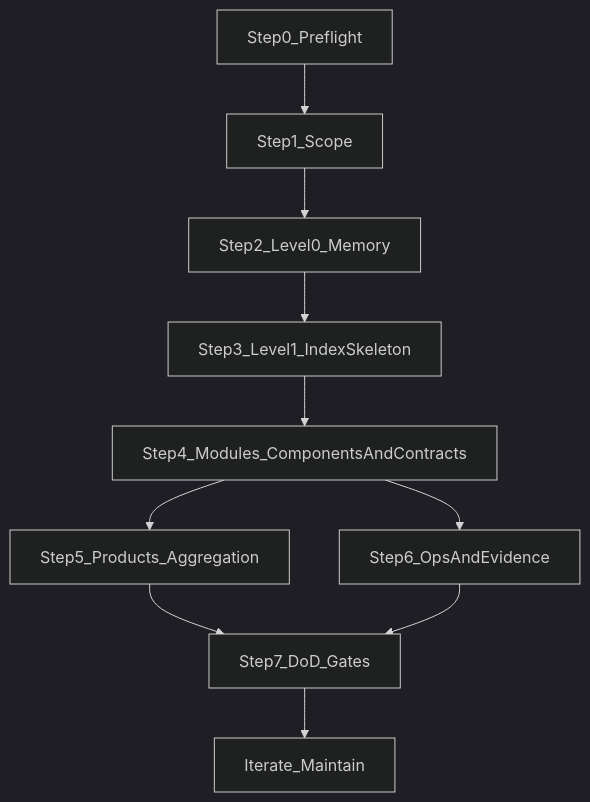
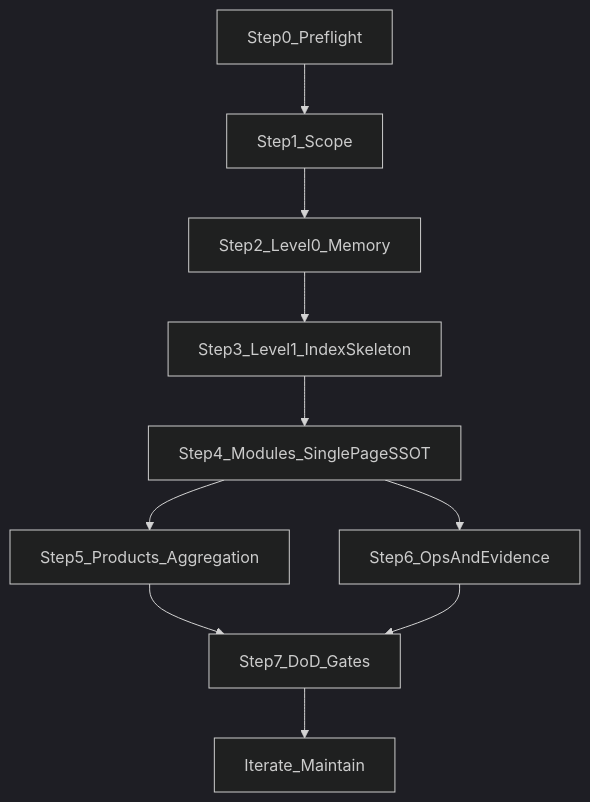
One commit to tcorzo/aisdlc changed the first of 2 diagrams in design/aisdlc_project_discover.md. Above: the diagram before and after it, drawn with Mermaid (dark theme). The commit also changed other lines of this file and 29 other files, not shown here.

````diff
--- a/design/aisdlc_project_discover.md
+++ b/design/aisdlc_project_discover.md
@@ -52,12 +55,12 @@
 ```mermaid
 flowchart TD
   preflight[Step0_Preflight] --> scope[Step1_Scope]
   scope --> l0[Step2_Level0_Memory]
   l0 --> l1[Step3_Level1_IndexSkeleton]
-  l1 --> modules[Step4_Modules_ComponentsAndContracts]
+  l1 --> modules[Step4_Modules_SinglePageSSOT]
   modules --> products[Step5_Products_Aggregation]
   modules --> ops[Step6_OpsAndEvidence]
   products --> dod[Step7_DoD_Gates]
   ops --> dod
   dod --> iterate[Iterate_Maintain]
 ```
````
